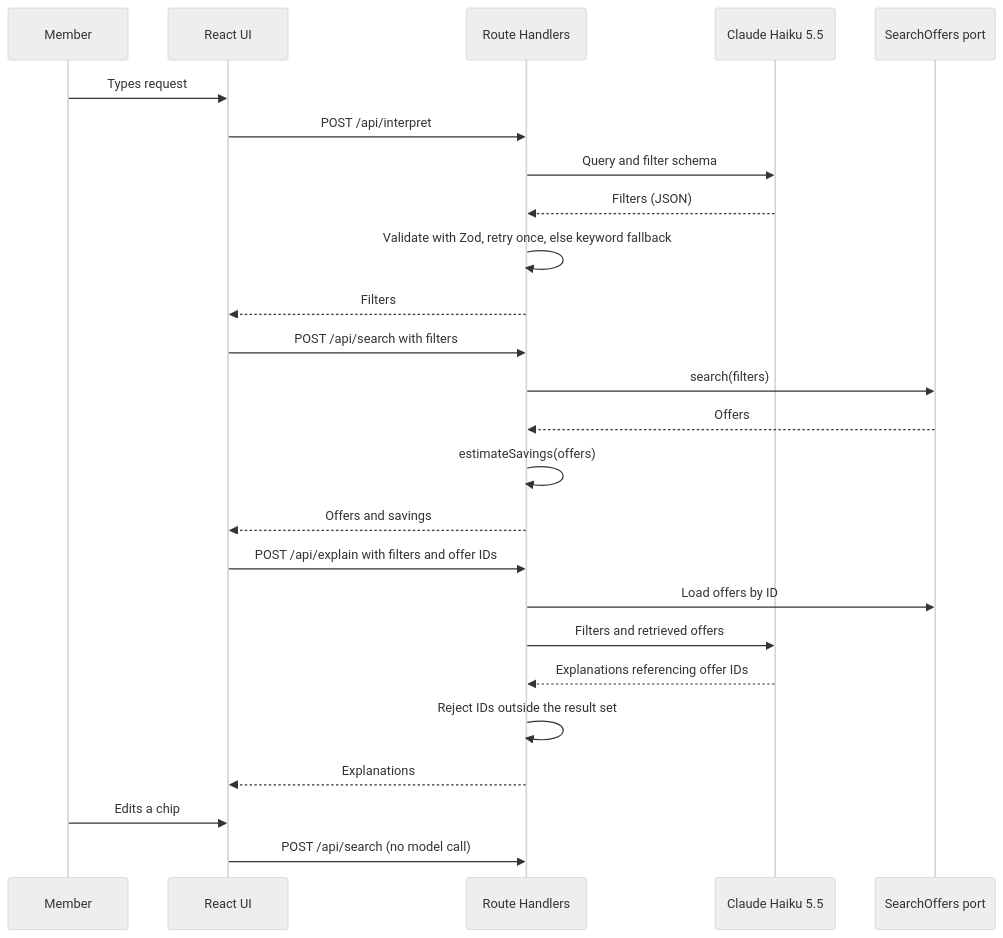
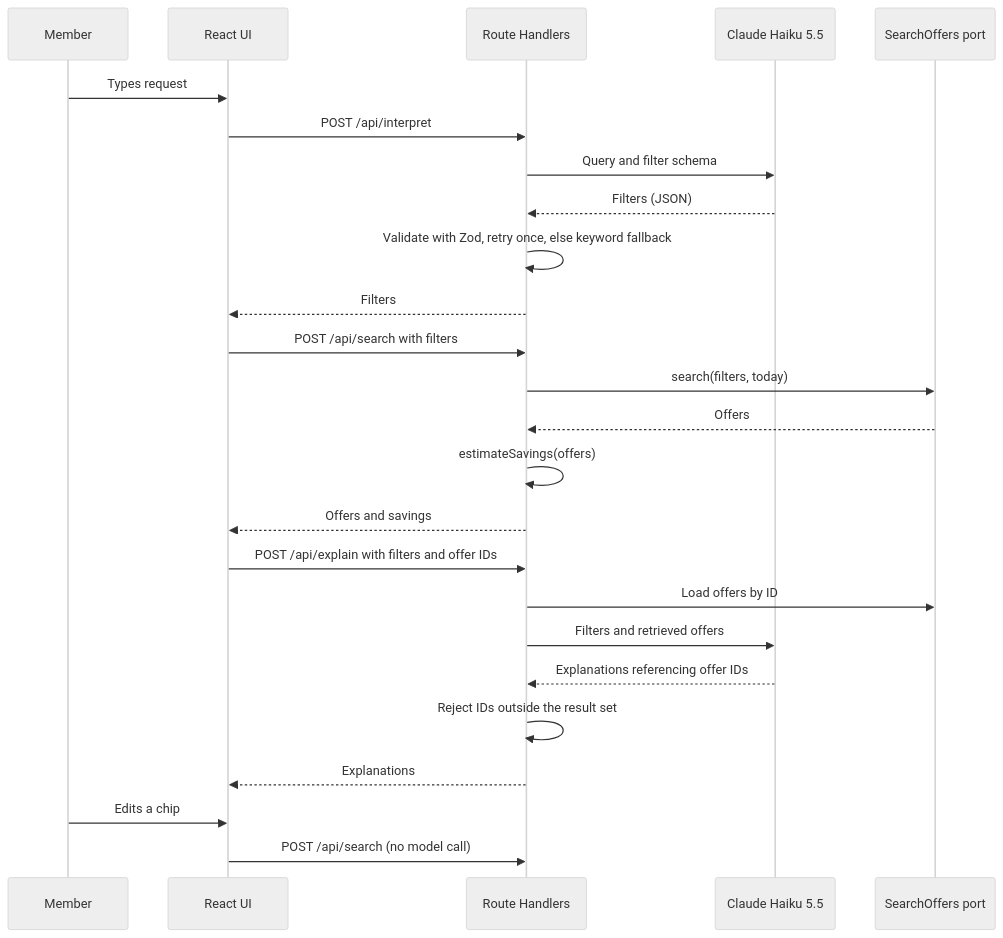
One commit to davinaizer/boundless-tech-project changed the third of 3 diagrams in docs/architecture.md. Above: the diagram before and after it, drawn with Mermaid (neutral theme). The commit also changed other lines of this file and 3 other files, not shown here.

Commit message:
feat: decide SearchOffers behaviours and add the port and contract suite

````diff
--- a/docs/architecture.md
+++ b/docs/architecture.md
@@ -74,28 +74,28 @@
 ```mermaid
 sequenceDiagram
     participant U as Member
     participant UI as React UI
     participant API as Route Handlers
     participant LLM as Claude Haiku 5.5
     participant Port as SearchOffers port
 
     U->>UI: Types request
     UI->>API: POST /api/interpret
     API->>LLM: Query and filter schema
     LLM-->>API: Filters (JSON)
     API->>API: Validate with Zod, retry once, else keyword fallback
     API-->>UI: Filters
     UI->>API: POST /api/search with filters
-    API->>Port: search(filters)
+    API->>Port: search(filters, today)
     Port-->>API: Offers
     API->>API: estimateSavings(offers)
     API-->>UI: Offers and savings
     UI->>API: POST /api/explain with filters and offer IDs
     API->>Port: Load offers by ID
     API->>LLM: Filters and retrieved offers
     LLM-->>API: Explanations referencing offer IDs
     API->>API: Reject IDs outside the result set
     API-->>UI: Explanations
     U->>UI: Edits a chip
     UI->>API: POST /api/search (no model call)
 ```
````
